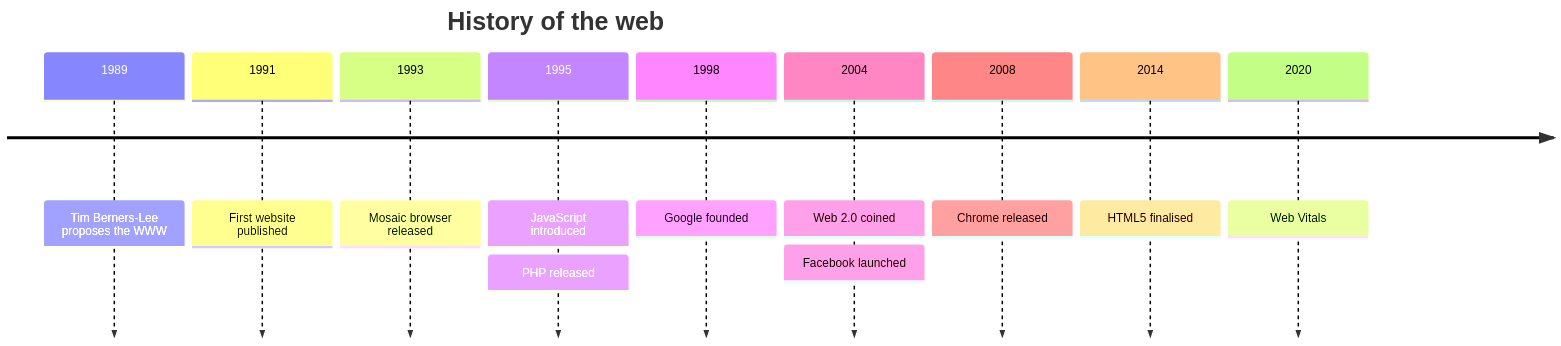
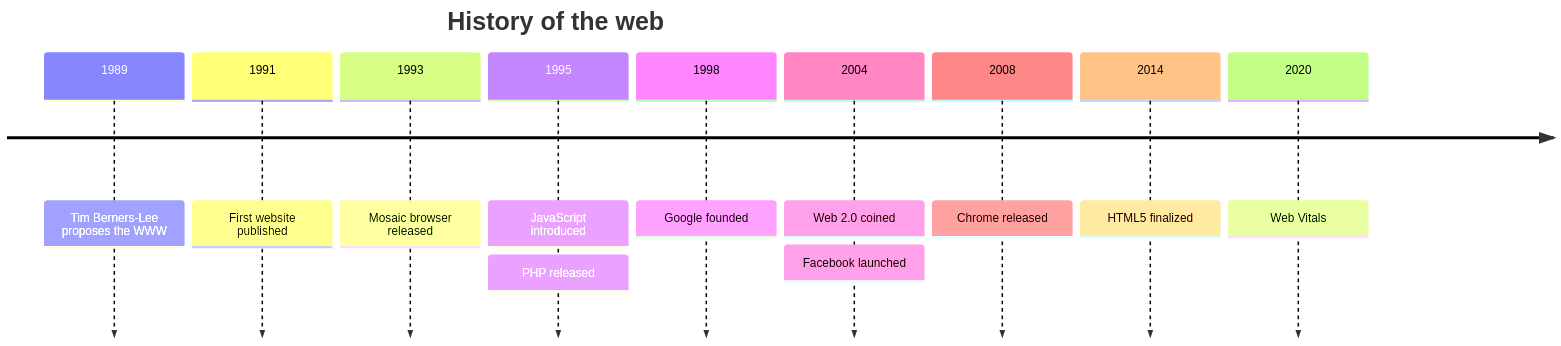
One commit to mijowi/edamame changed diagram 11 of 23 in docs/test_diagrams.md. Above: the diagram before and after it, drawn with Mermaid. The commit also changed 25 other files, not shown here.

````diff
--- a/docs/test_diagrams.md
+++ b/docs/test_diagrams.md
@@ -223,15 +223,15 @@
 ```mermaid
 timeline
     title History of the web
     1989 : Tim Berners-Lee proposes the WWW
     1991 : First website published
     1993 : Mosaic browser released
     1995 : JavaScript introduced
          : PHP released
     1998 : Google founded
     2004 : Web 2.0 coined
          : Facebook launched
     2008 : Chrome released
-    2014 : HTML5 finalised
+    2014 : HTML5 finalized
     2020 : Web Vitals
 ```
````
